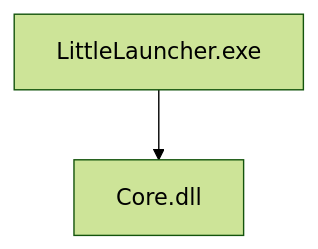
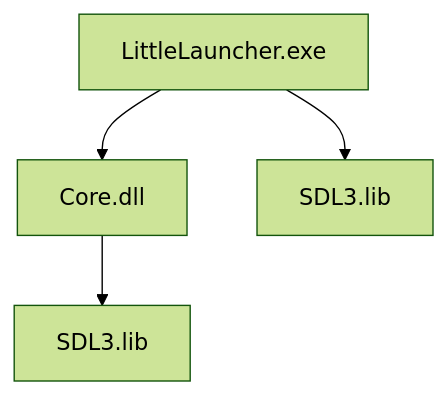
The fourth of 6 diagrams in content/en/devlogs/little-engine/first-shapes.md (Haiito92/Workshop), drawn with Mermaid (forest theme) before and after one commit. The commit also changed other lines of this file and 1 other file, not shown here.

```diff
--- a/content/en/devlogs/little-engine/first-shapes.md
+++ b/content/en/devlogs/little-engine/first-shapes.md
@@ -465,4 +465,6 @@
 {{< mermaid >}}
 graph TD;
 A[LittleLauncher.exe]-->B[Core.dll];
+A[LittleLauncher.exe]-->C[SDL3.lib];
+B[Core.dll]-->D[SDL3.lib];
 {{< /mermaid >}}
```
